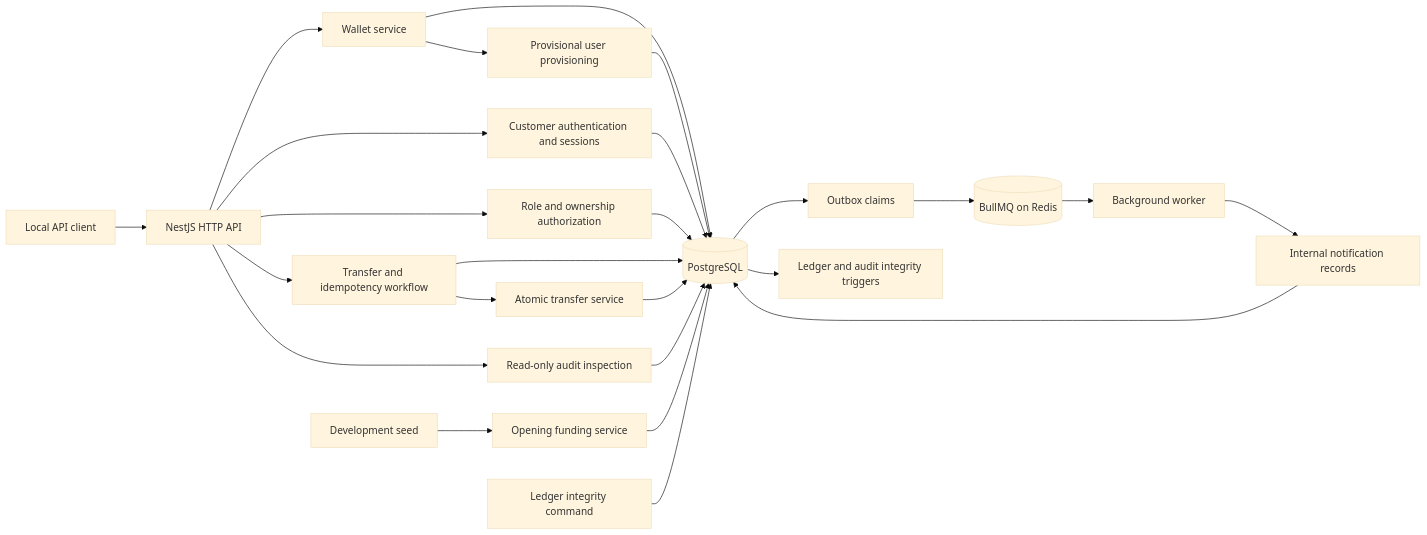
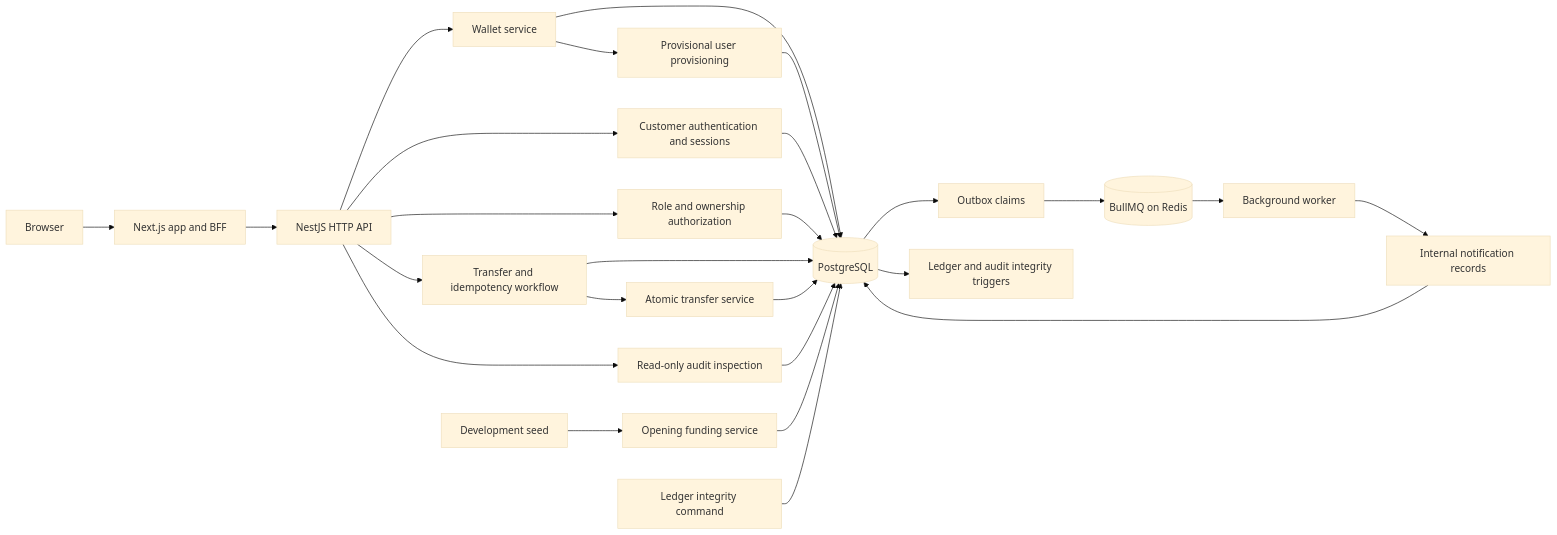
The first of 3 diagrams in docs/architecture.md (DjQris/ledgerflow), drawn with Mermaid (base theme) before and after one commit. The commit also changed other lines of this file and 11 other files, not shown here.

````diff
--- a/docs/architecture.md
+++ b/docs/architecture.md
@@ -5,27 +8,28 @@
 ```mermaid
 flowchart LR
-    Client[Local API client] --> HTTP[NestJS HTTP API]
+    Browser[Browser] --> Web[Next.js app and BFF]
+    Web --> HTTP[NestJS HTTP API]
     HTTP --> Wallets[Wallet service]
     Wallets --> Users[Provisional user provisioning]
     HTTP --> Auth[Customer authentication and sessions]
     HTTP --> Access[Role and ownership authorization]
     HTTP --> TransferAPI[Transfer and idempotency workflow]
     HTTP --> AuditRead[Read-only audit inspection]
     TransferAPI --> TransferCore[Atomic transfer service]
     Wallets --> DB[(PostgreSQL)]
     Users --> DB
     Auth --> DB
     Access --> DB
     TransferAPI --> DB
     TransferCore --> DB
     DB --> Outbox[Outbox claims]
     Outbox --> Redis[(BullMQ on Redis)]
     Redis --> Worker[Background worker]
     Worker --> Notifications[Internal notification records]
     Notifications --> DB
     AuditRead --> DB
     Seed[Development seed] --> Funding[Opening funding service]
     Funding --> DB
     Verify[Ledger integrity command] --> DB
     DB --> Triggers[Ledger and audit integrity triggers]
 ```
````
